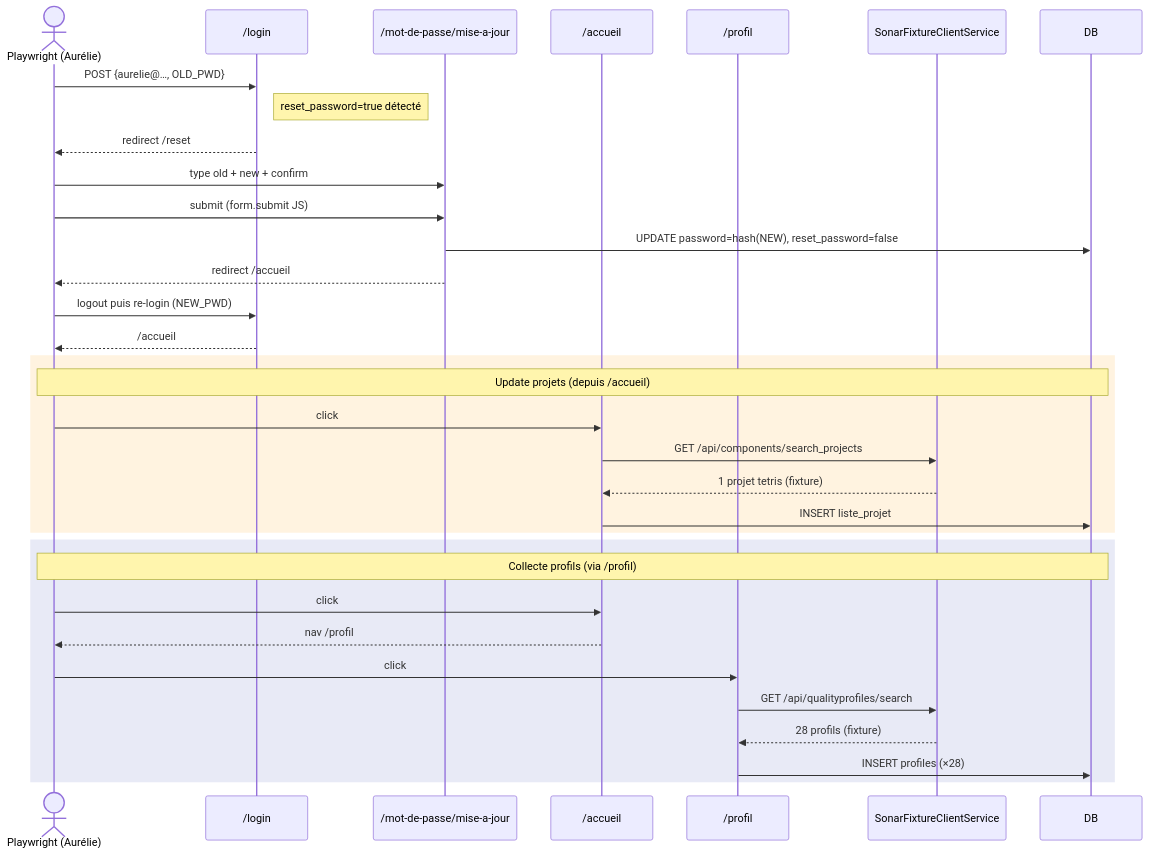
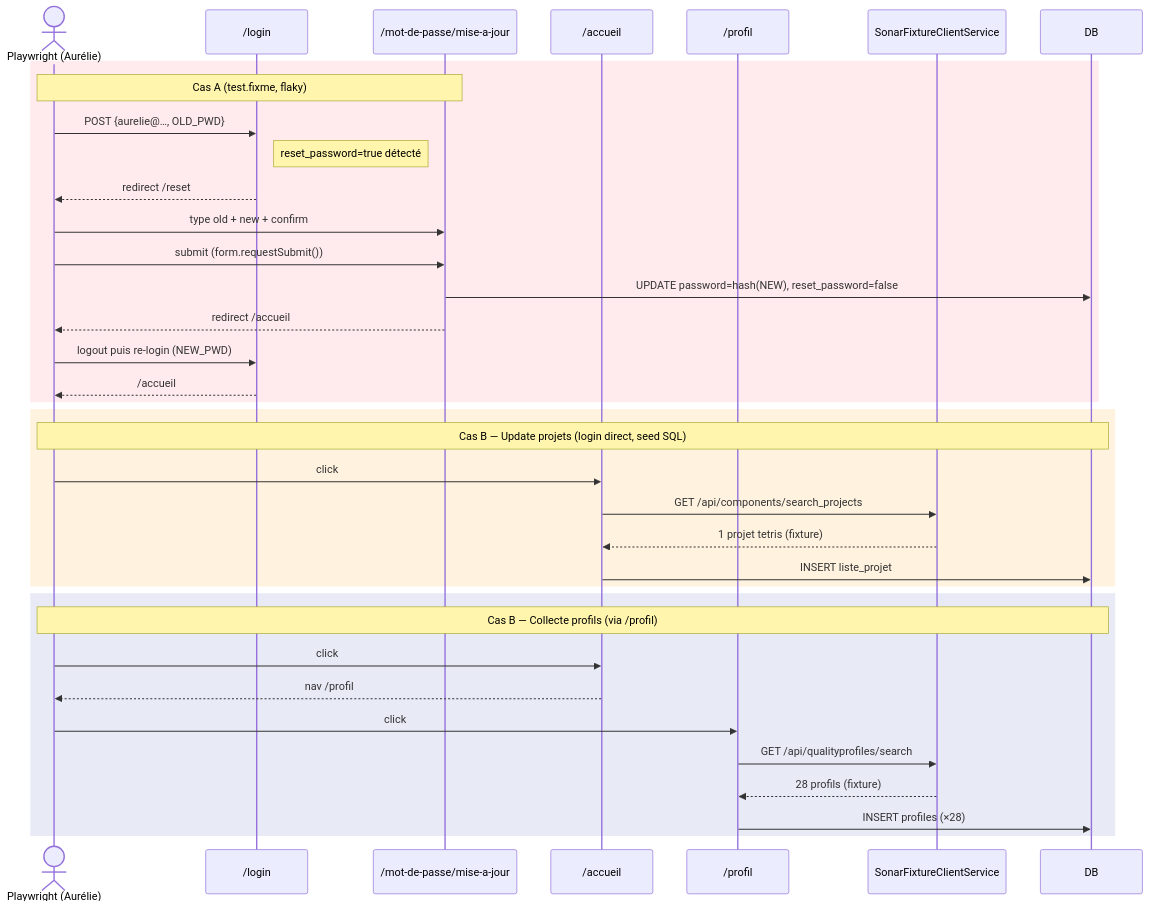
The fifth of 12 diagrams in mkDocs/docs/ma-moulinette/developpement/test-e2e.md (Laurent-hadjadj/ma-moulinette), drawn with Mermaid before and after one commit. The commit also changed other lines of this file and 7 other files, not shown here.

````diff
--- a/mkDocs/docs/ma-moulinette/developpement/test-e2e.md
+++ b/mkDocs/docs/ma-moulinette/developpement/test-e2e.md
@@ -194,40 +208,43 @@
 ```mermaid
 sequenceDiagram
     actor PW as Playwright (Aurélie)
     participant Login as /login
     participant Reset as /mot-de-passe/mise-a-jour
     participant Accueil as /accueil
     participant Profil as /profil
     participant Sonar as SonarFixtureClientService
     participant DB
 
+    rect rgb(255, 235, 238)
+    Note over PW,Reset: Cas A (test.fixme, flaky)
     PW->>Login: POST {aurelie@…, OLD_PWD}
     Note right of Login: reset_password=true détecté
     Login-->>PW: redirect /reset
 
     PW->>Reset: type old + new + confirm
-    PW->>Reset: submit (form.submit JS)
+    PW->>Reset: submit (form.requestSubmit())
     Reset->>DB: UPDATE password=hash(NEW), reset_password=false
     Reset-->>PW: redirect /accueil
 
     PW->>Login: logout puis re-login (NEW_PWD)
     Login-->>PW: /accueil
+    end
 
     rect rgb(255, 243, 224)
-    Note over PW,DB: Update projets (depuis /accueil)
+    Note over PW,DB: Cas B — Update projets (login direct, seed SQL)
     PW->>Accueil: click #bouton-mise-a-jour-referential
     Accueil->>Sonar: GET /api/components/search_projects
     Sonar-->>Accueil: 1 projet tetris (fixture)
     Accueil->>DB: INSERT liste_projet
     end
 
     rect rgb(232, 234, 246)
-    Note over PW,DB: Collecte profils (via /profil)
+    Note over PW,DB: Cas B — Collecte profils (via /profil)
     PW->>Accueil: click #bouton-profil-quality
     Accueil-->>PW: nav /profil
     PW->>Profil: click #bouton-refresh-profil
     Profil->>Sonar: GET /api/qualityprofiles/search
     Sonar-->>Profil: 28 profils (fixture)
     Profil->>DB: INSERT profiles (×28)
     end
 ```
````
